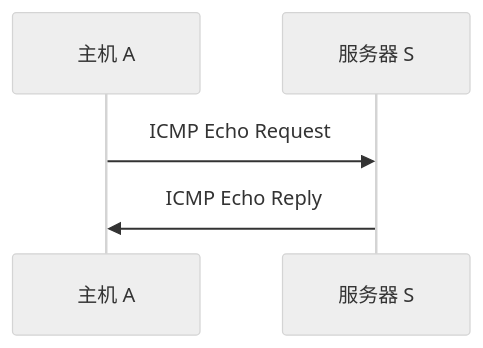
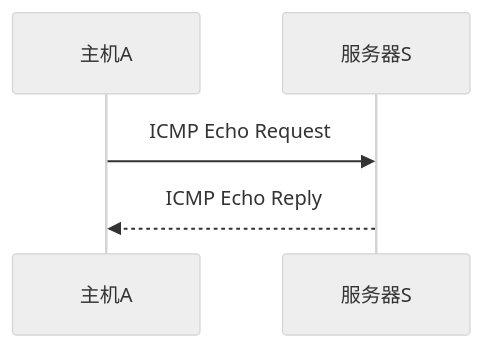
One commit to 74262195/system-architect-notes changed the third of 4 diagrams in 01_综合知识/01_计算机系统基础知识/03_计算机网络/05_IP网络与路由/01_IP控制与邻居发现/ICMP与Ping.md. Above: the diagram before and after it, drawn with Mermaid (neutral theme). The commit also changed other lines of this file, not shown here.

Commit message:
docs: rewrite ICMP and Ping learning card

````diff
--- a/01_综合知识/01_计算机系统基础知识/03_计算机网络/05_IP网络与路由/01_IP控制与邻居发现/ICMP与Ping.md
+++ b/01_综合知识/01_计算机系统基础知识/03_计算机网络/05_IP网络与路由/01_IP控制与邻居发现/ICMP与Ping.md
@@ -66,7 +222,7 @@
 ```mermaid
 sequenceDiagram
-    participant A as 主机 A
-    participant S as 服务器 S
+    participant A as 主机A
+    participant S as 服务器S
     A->>S: ICMP Echo Request
-    S->>A: ICMP Echo Reply
+    S-->>A: ICMP Echo Reply
 ```
````
